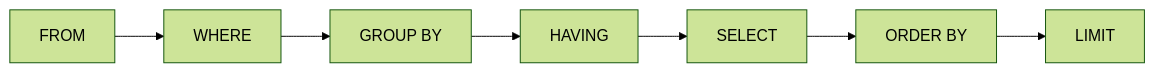
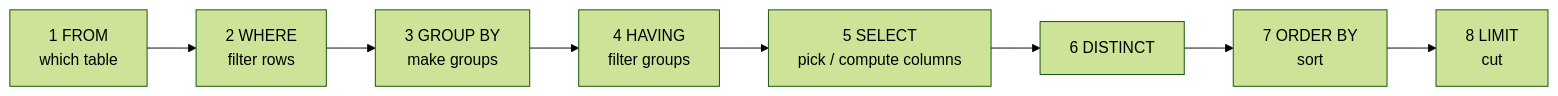
The diagram in Doc/02-sql-basics/01-select-where.md (wesamkhateeb98-creator/postgresql-zero-to-hero), drawn with Mermaid (forest theme) before and after one commit. The commit also changed other lines of this file and 29 other files, not shown here.

````diff
--- a/Doc/02-sql-basics/01-select-where.md
+++ b/Doc/02-sql-basics/01-select-where.md
@@ -5,4 +7,4 @@
 ```mermaid
 flowchart LR
-    F["FROM"] --> W["WHERE"] --> G["GROUP BY"] --> H["HAVING"] --> S["SELECT"] --> O["ORDER BY"] --> L["LIMIT"]
+    F["1 FROM<br/>which table"] --> W["2 WHERE<br/>filter rows"] --> G["3 GROUP BY<br/>make groups"] --> H["4 HAVING<br/>filter groups"] --> S["5 SELECT<br/>pick / compute columns"] --> D["6 DISTINCT"] --> O["7 ORDER BY<br/>sort"] --> L["8 LIMIT<br/>cut"]
 ```
````
